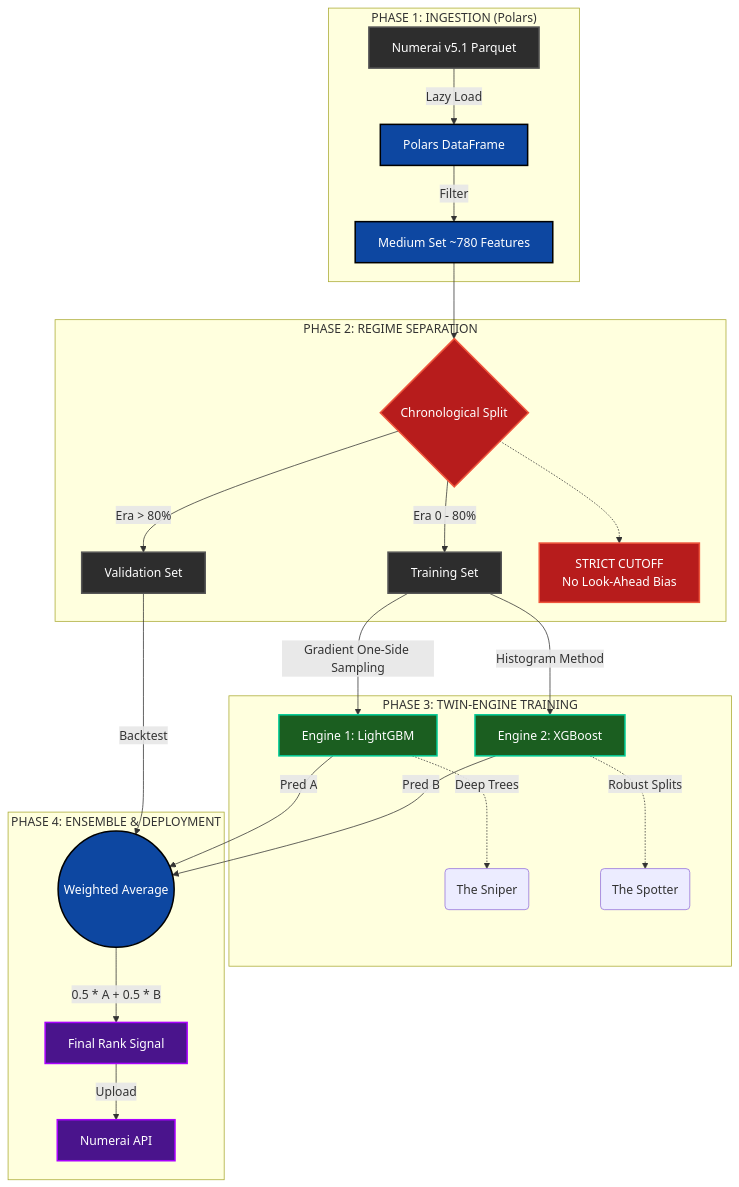
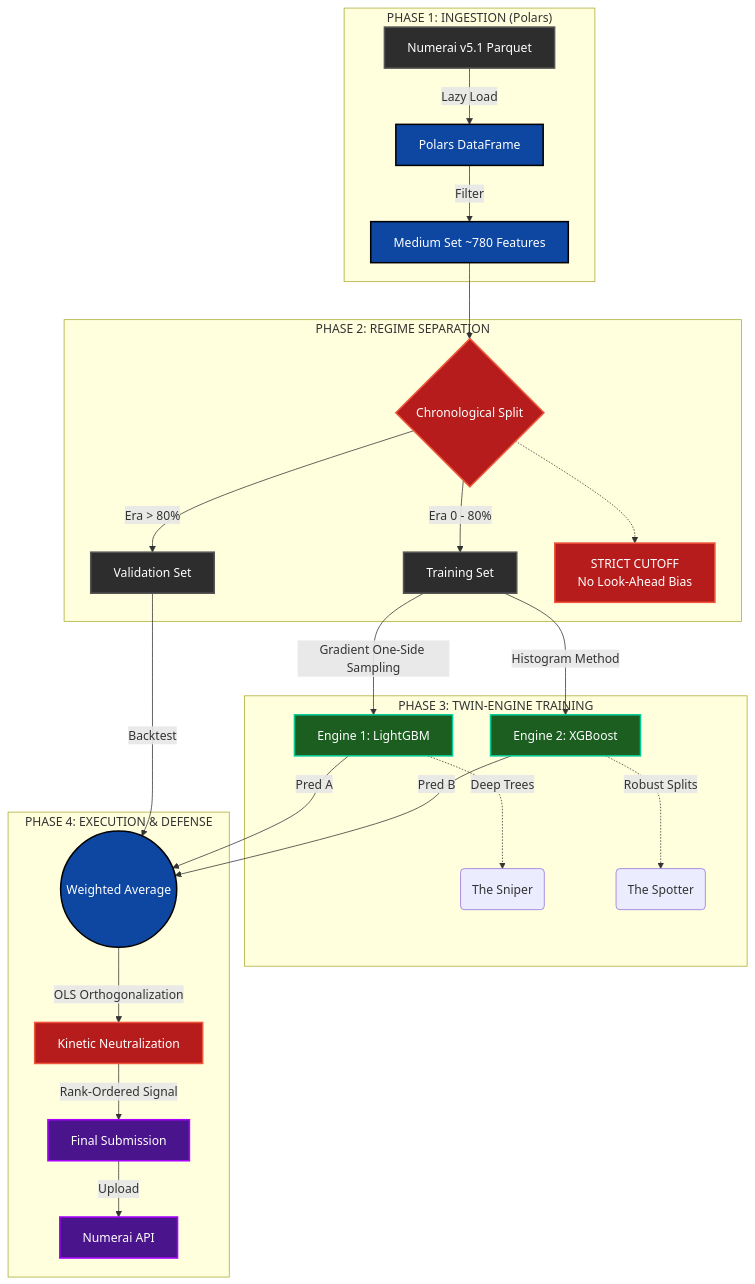
Before and after one commit to brianpenrod/market-neutral-strategy: the diagram in SYSTEM_MAP.md, drawn with Mermaid. The commit also changed other lines of this file, not shown here.

````diff
--- a/SYSTEM_MAP.md
+++ b/SYSTEM_MAP.md
@@ -5,46 +6,47 @@
 ```mermaid
 graph TD
     %% --- STYLES ---
     classDef raw fill:#2d2d2d,stroke:#555,stroke-width:2px,color:#fff;
     classDef process fill:#0D47A1,stroke:#000,stroke-width:2px,color:#fff;
     classDef model fill:#1B5E20,stroke:#00cc96,stroke-width:2px,color:#fff;
     classDef logic fill:#b71c1c,stroke:#ef553b,stroke-width:2px,color:#fff;
     classDef output fill:#4a148c,stroke:#aa00ff,stroke-width:2px,color:#fff;
 
     %% --- DATA INGESTION ---
     subgraph INGESTION ["PHASE 1: INGESTION (Polars)"]
         Raw[Numerai v5.1 Parquet]:::raw -->|Lazy Load| Polars[Polars DataFrame]:::process
         Polars -->|Filter| Features[Medium Set ~780 Features]:::process
     end
 
     %% --- VALIDATION LOGIC ---
     subgraph VALIDATION ["PHASE 2: REGIME SEPARATION"]
         Features --> Split{Chronological Split}:::logic
         Split -->|Era 0 - 80%| Train[Training Set]:::raw
         Split -->|Era > 80%| Val[Validation Set]:::raw
         
         note1[STRICT CUTOFF<br/>No Look-Ahead Bias]:::logic
         Split -.-> note1
     end
 
     %% --- MODELING ---
     subgraph ENGINES ["PHASE 3: TWIN-ENGINE TRAINING"]
         Train -->|Gradient One-Side Sampling| LGBM[Engine 1: LightGBM]:::model
         Train -->|Histogram Method| XGB[Engine 2: XGBoost]:::model
         
         LGBM -.->|Deep Trees| Snipe(The Sniper)
         XGB -.->|Robust Splits| Spot(The Spotter)
     end
 
-    %% --- ENSEMBLE ---
-    subgraph EXECUTION ["PHASE 4: ENSEMBLE & DEPLOYMENT"]
+    %% --- ENSEMBLE & RISK ---
+    subgraph EXECUTION ["PHASE 4: EXECUTION & DEFENSE"]
         LGBM -->|Pred A| Mean((Weighted Average)):::process
         XGB -->|Pred B| Mean
         
-        Mean -->|0.5 * A + 0.5 * B| Signal[Final Rank Signal]:::output
+        Mean -->|OLS Orthogonalization| Neutral[Kinetic Neutralization]:::logic
+        Neutral -->|Rank-Ordered Signal| Signal[Final Submission]:::output
         Signal -->|Upload| API[Numerai API]:::output
     end
 
     %% --- LINKS ---
     Val -->|Backtest| Mean
 ```
````
